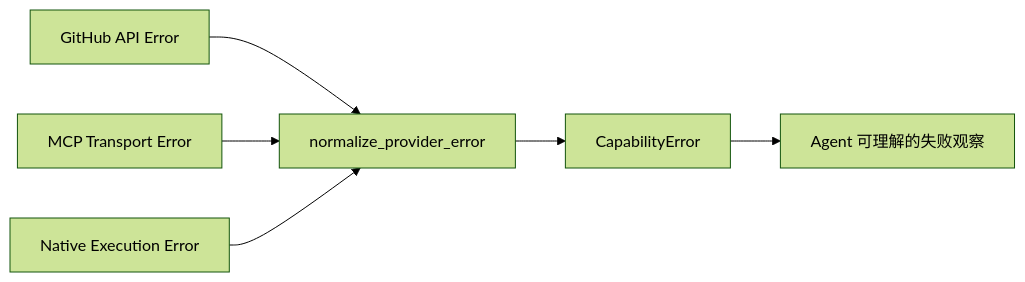
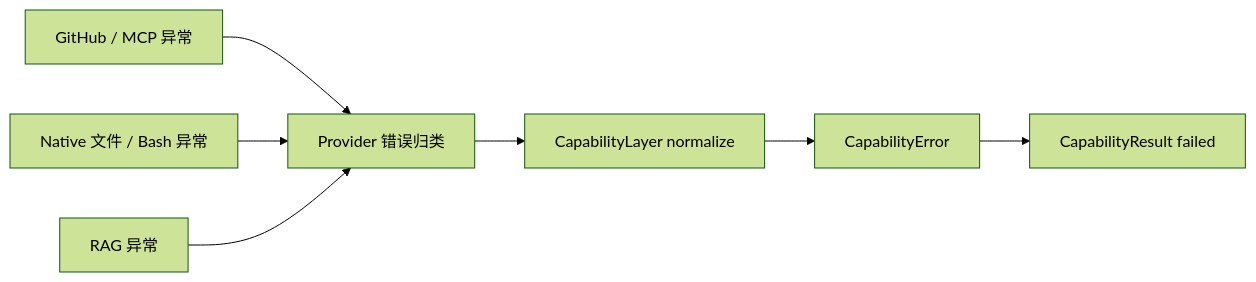
Diagram 13 of 15 in docs/05-capability-and-tool-system.md (Arthur999459up/GitAgent), drawn with Mermaid (forest theme) before and after one commit. The commit also changed other lines of this file and 3 other files, not shown here.

````diff
--- a/docs/05-capability-and-tool-system.md
+++ b/docs/05-capability-and-tool-system.md
@@ -307,8 +945,9 @@
 ```mermaid
 flowchart LR
-    E1[GitHub API Error] --> N[normalize_provider_error]
-    E2[MCP Transport Error] --> N
-    E3[Native Execution Error] --> N
-    N --> CE[CapabilityError]
-    CE --> A[Agent 可理解的失败观察]
+    G[GitHub / MCP 异常] --> P[Provider 错误归类]
+    N[Native 文件 / Bash 异常] --> P
+    R[RAG 异常] --> P
+    P --> L[CapabilityLayer normalize]
+    L --> E[CapabilityError]
+    E --> CR[CapabilityResult failed]
 ```
````
